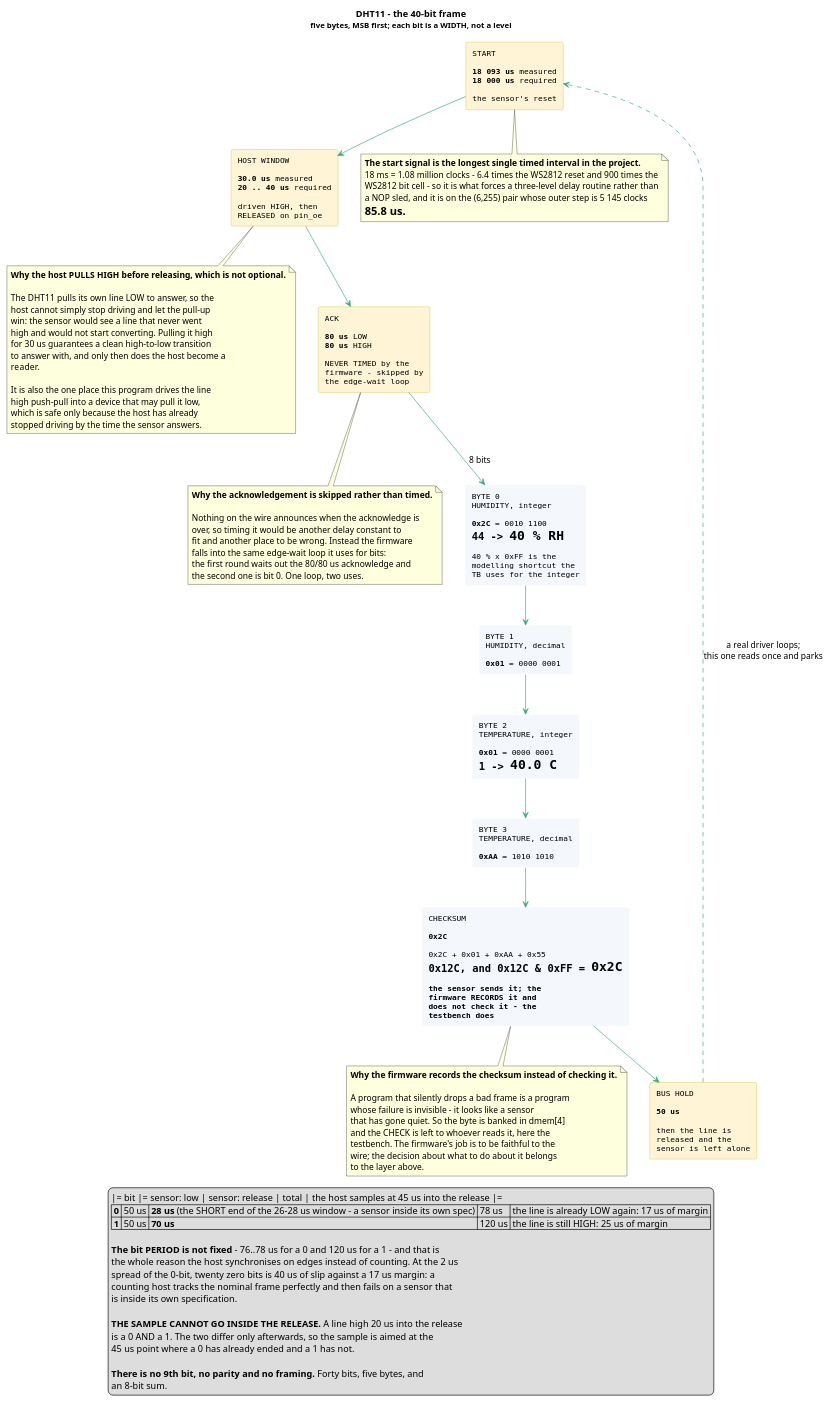
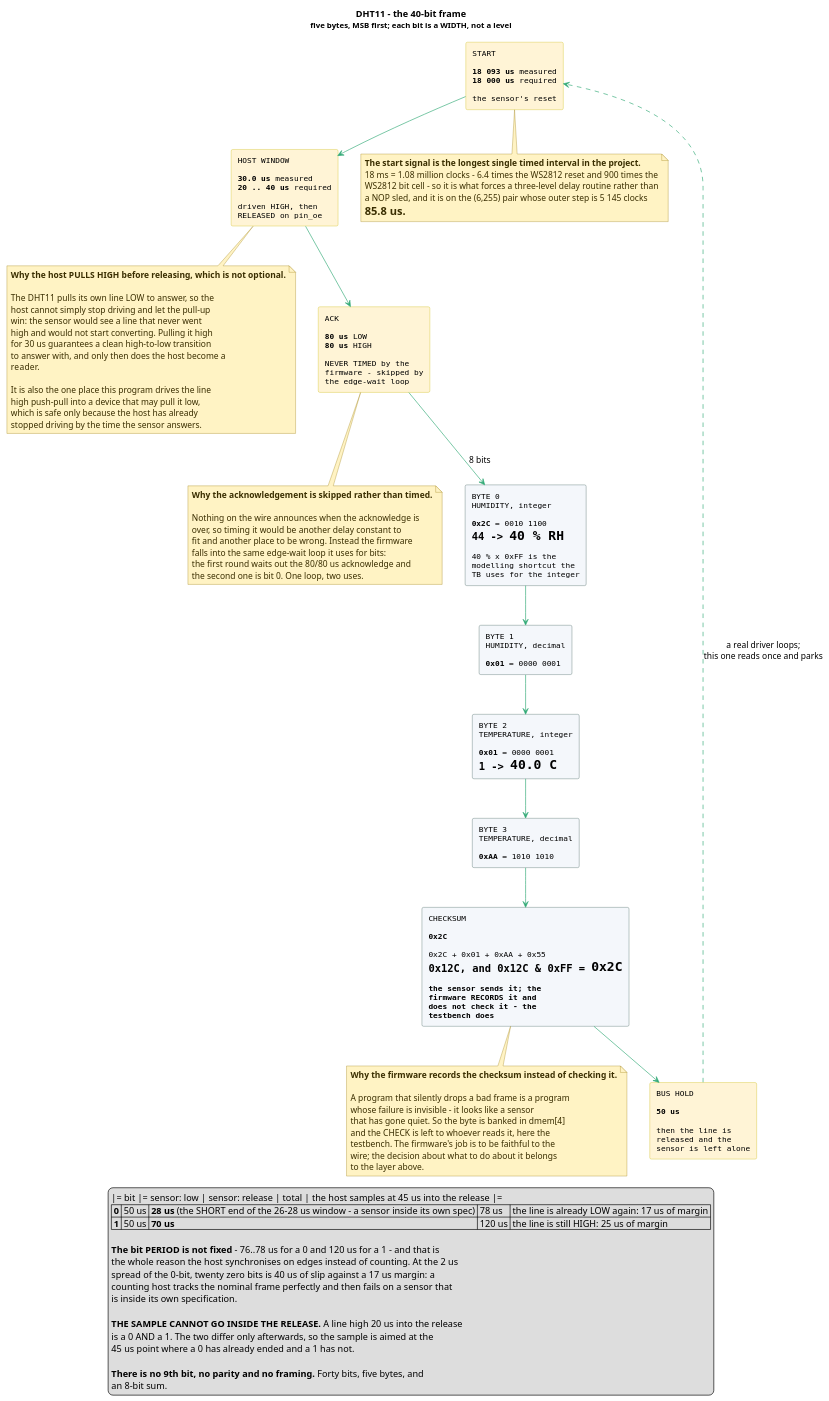
Before and after one commit to smprather/janestreet-blog-serial-protocol-emulator: the diagram in diagrams/proto-dht11-frame.puml, drawn with PlantUML. The commit also changed 70 other files, not shown here.

First line of the commit message:
diagrams: white-on-white -- 20 malformed hex codes were rendering as invisible arrows

```diff
--- a/diagrams/proto-dht11-frame.puml
+++ b/diagrams/proto-dht11-frame.puml
@@ -1,127 +1,129 @@
 @startuml proto-dht11-frame
+skinparam NoteBackgroundColor #FFF3C4
+skinparam NoteBorderColor #9A7B0A
+skinparam NoteFontColor #3A2E00
 ' ===========================================================================
 ' proto-dht11-frame.puml - (b) the DHT11 40-bit frame.
 '
 ' A DHT11 frame is five bytes, MSB first, with no header and no length:
 '   byte 0  humidity, integer part    (0x2C = 44 -> 40 % RH)
 '   byte 1  humidity, decimal part
 '   byte 2  temperature, integer part (0x01 = 1 -> 40.0 C)
 '   byte 3  temperature, decimal part
 '   byte 4  CHECKSUM = (b0 + b1 + b2 + b3) & 0xff
 '
 ' Every one of the 40 bits is a WIDTH, not a level. The bit value IS the length
 ' of the sensor's release, so the host has to be at a particular instant in each
 ' bit rather than reading a level.
 ' ===========================================================================
 
 title DHT11 - the 40-bit frame\n<font size=12>five bytes, MSB first; each bit is a WIDTH, not a level</font>
 
-
 hide empty description
 hide stereotype
 skinparam shadowing false
 skinparam rectangle {
-  BorderColor #33555
+  BorderColor #335550
   FontName monospaced
   FontSize 12
 }
 skinparam rectangle<<b>> {
   BackgroundColor #F4F7FB
 }
 skinparam rectangle<<zero>> {
   BackgroundColor #E8E8E8
 }
 skinparam rectangle<<gate>> {
   BackgroundColor #FFF4D6
   BorderColor #C8B800
 }
 
 rectangle "START\n\n<b>18 093 us</b> measured\n<b>18 000 us</b> required\n\nthe sensor's reset" as S <<gate>>
 rectangle "HOST WINDOW\n\n<b>30.0 us</b> measured\n<b>20 .. 40 us</b> required\n\ndriven HIGH, then\nRELEASED on pin_oe" as H <<gate>>
 rectangle "ACK\n\n<b>80 us</b> LOW\n<b>80 us</b> HIGH\n\nNEVER TIMED by the\nfirmware - skipped by\nthe edge-wait loop" as A <<gate>>
 
 rectangle "BYTE 0\nHUMIDITY, integer\n\n<b>0x2C</b> = 0010 1100\n= 44 -> <b>40 % RH</b>\n\n40 % x 0xFF is the\nmodelling shortcut the\nTB uses for the integer" as B0 <<b>>
 rectangle "BYTE 1\nHUMIDITY, decimal\n\n<b>0x01</b> = 0000 0001" as B1 <<b>>
 rectangle "BYTE 2\nTEMPERATURE, integer\n\n<b>0x01</b> = 0000 0001\n= 1 -> <b>40.0 C</b>" as B2 <<b>>
 rectangle "BYTE 3\nTEMPERATURE, decimal\n\n<b>0xAA</b> = 1010 1010" as B3 <<b>>
 rectangle "CHECKSUM\n\n<b>0x2C</b>\n\n0x2C + 0x01 + 0xAA + 0x55\n= 0x12C, and 0x12C & 0xFF = <b>0x2C</b>\n\n<b>the sensor sends it; the</b>\n<b>firmware RECORDS it and</b>\n<b>does not check it - the</b>\n<b>testbench does</b>" as CK <<b>>
 rectangle "BUS HOLD\n\n<b>50 us</b>\n\nthen the line is\nreleased and the\nsensor is left alone" as BH <<gate>>
 
 S -[#3A7]-> H
 H -[#3A7]-> A
 A -[#3A7]-> B0 : 8 bits
 B0 -[#3A7]-> B1
 B1 -[#3A7]-> B2
 B2 -[#3A7]-> B3
 B3 -[#3A7]-> CK
 CK -[#3A7]-> BH
 BH -[#3A7,dashed]-> S : a real driver loops;\nthis one reads once and parks
 
 note bottom of S
   <b>The start signal is the longest single timed interval in the project.</b>
   18 ms = 1.08 million clocks - 6.4 times the WS2812 reset and 900 times the
   WS2812 bit cell - so it is what forces a three-level delay routine rather than
   a NOP sled, and it is on the (6,255) pair whose outer step is 5 145 clocks
   = 85.8 us.
 end note
 
 note bottom of H
   <b>Why the host PULLS HIGH before releasing, which is not optional.</b>
 
   The DHT11 pulls its own line LOW to answer, so the
   host cannot simply stop driving and let the pull-up
   win: the sensor would see a line that never went
   high and would not start converting. Pulling it high
   for 30 us guarantees a clean high-to-low transition
   to answer with, and only then does the host become a
   reader.
 
   It is also the one place this program drives the line
   high push-pull into a device that may pull it low,
   which is safe only because the host has already
   stopped driving by the time the sensor answers.
 end note
 
 note bottom of A
   <b>Why the acknowledgement is skipped rather than timed.</b>
 
   Nothing on the wire announces when the acknowledge is
   over, so timing it would be another delay constant to
   fit and another place to be wrong. Instead the firmware
   falls into the same edge-wait loop it uses for bits:
   the first round waits out the 80/80 us acknowledge and
   the second one is bit 0. One loop, two uses.
 end note
 
 note bottom of CK
   <b>Why the firmware records the checksum instead of checking it.</b>
 
   A program that silently drops a bad frame is a program
   whose failure is invisible - it looks like a sensor
   that has gone quiet. So the byte is banked in dmem[4]
   and the CHECK is left to whoever reads it, here the
   testbench. The firmware's job is to be faithful to the
   wire; the decision about what to do about it belongs
   to the layer above.
 end note
 
 legend bottom
   |= bit |= sensor: low | sensor: release | total | the host samples at 45 us into the release |=
   | <b>0</b> | 50 us | <b>28 us</b> (the SHORT end of the 26-28 us window - a sensor inside its own spec) | 78 us | the line is already LOW again: 17 us of margin |
   | <b>1</b> | 50 us | <b>70 us</b> | 120 us | the line is still HIGH: 25 us of margin |
 
   <b>The bit PERIOD is not fixed</b> - 76..78 us for a 0 and 120 us for a 1 - and that is
   the whole reason the host synchronises on edges instead of counting. At the 2 us
   spread of the 0-bit, twenty zero bits is 40 us of slip against a 17 us margin: a
   counting host tracks the nominal frame perfectly and then fails on a sensor that
   is inside its own specification.
 
   <b>THE SAMPLE CANNOT GO INSIDE THE RELEASE.</b> A line high 20 us into the release
   is a 0 AND a 1. The two differ only afterwards, so the sample is aimed at the
   45 us point where a 0 has already ended and a 1 has not.
 
   <b>There is no 9th bit, no parity and no framing.</b> Forty bits, five bytes, and
   an 8-bit sum.
 end legend
 
 @enduml
```
